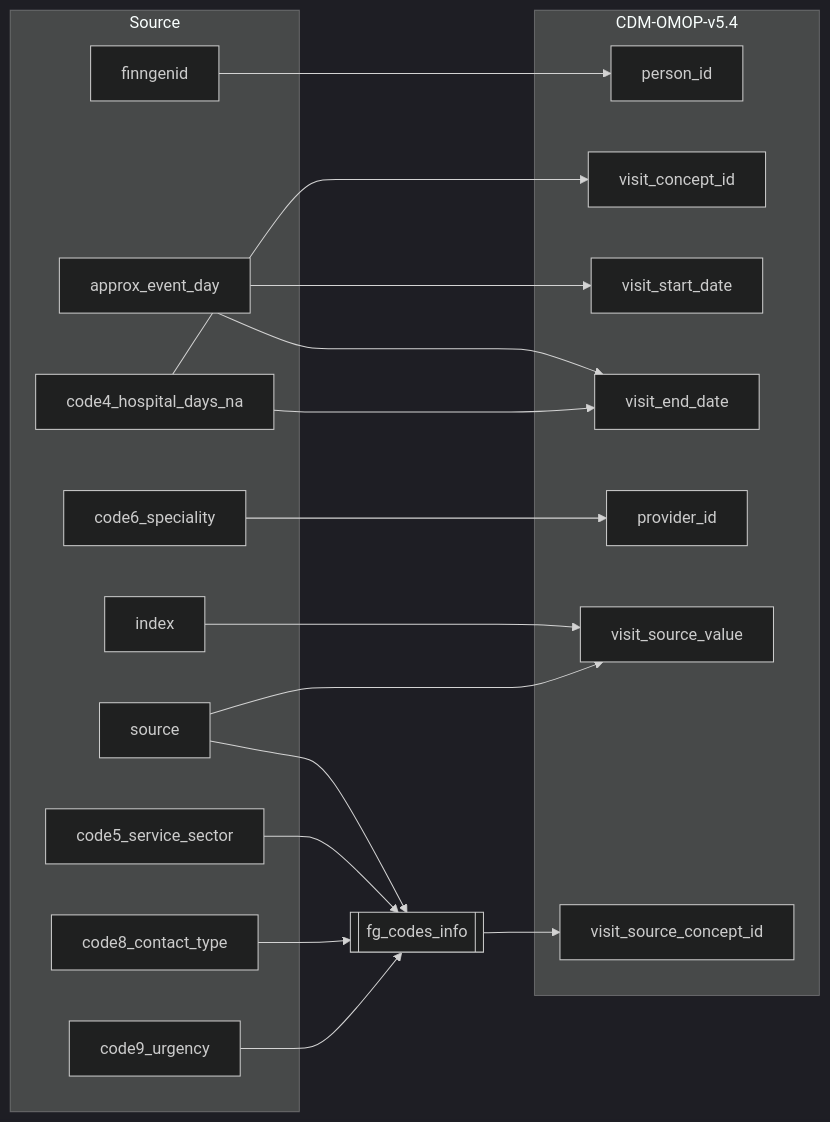
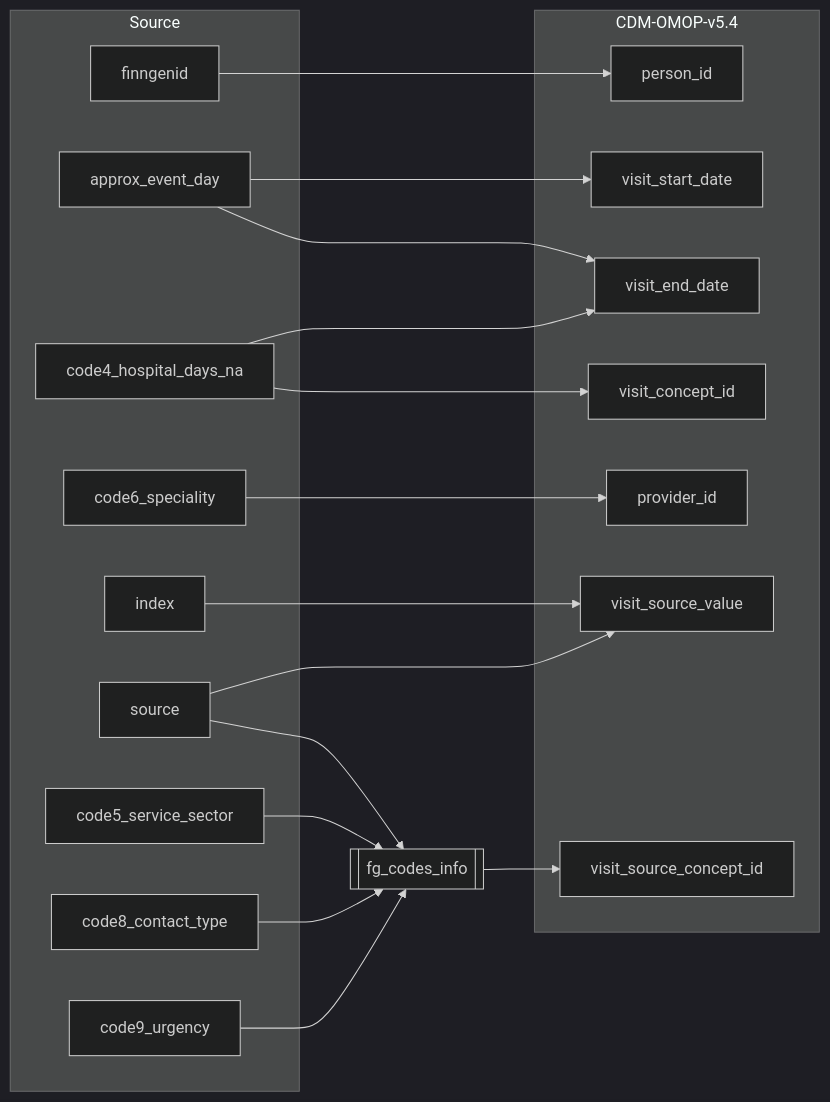
The second of 6 diagrams in 2_etl_specifications/documentation/visit_occurrence.md (FINNGEN/ETL), drawn with Mermaid (dark theme) before and after one commit. The commit also changed other lines of this file and 10 other files, not shown here.

````diff
--- a/2_etl_specifications/documentation/visit_occurrence.md
+++ b/2_etl_specifications/documentation/visit_occurrence.md
@@ -56,42 +56,42 @@
 ```mermaid
 flowchart LR
     subgraph Source
         finngenid
         approx_event_day
         code4_hospital_days_na
         code5_service_sector
         code6_speciality
         code8_contact_type
         code9_urgency
         index
         source
     end
 
     fg_codes_info[[fg_codes_info]]
 
     subgraph CDM-OMOP-v5.4
         person_id
-        visit_concept_id
         visit_start_date
         visit_end_date
+        visit_concept_id
         provider_id
         visit_source_value
         visit_source_concept_id
     end
 
     finngenid-->person_id
     approx_event_day-->visit_start_date
     approx_event_day-->visit_end_date
     code4_hospital_days_na-->visit_concept_id
     code4_hospital_days_na-->visit_end_date
     index-->visit_source_value
     source-->visit_source_value
     code6_speciality-->provider_id
 
     source-->fg_codes_info
     code5_service_sector-->fg_codes_info
     code8_contact_type-->fg_codes_info
     code9_urgency-->fg_codes_info
 
     fg_codes_info-->visit_source_concept_id
 ```
````
